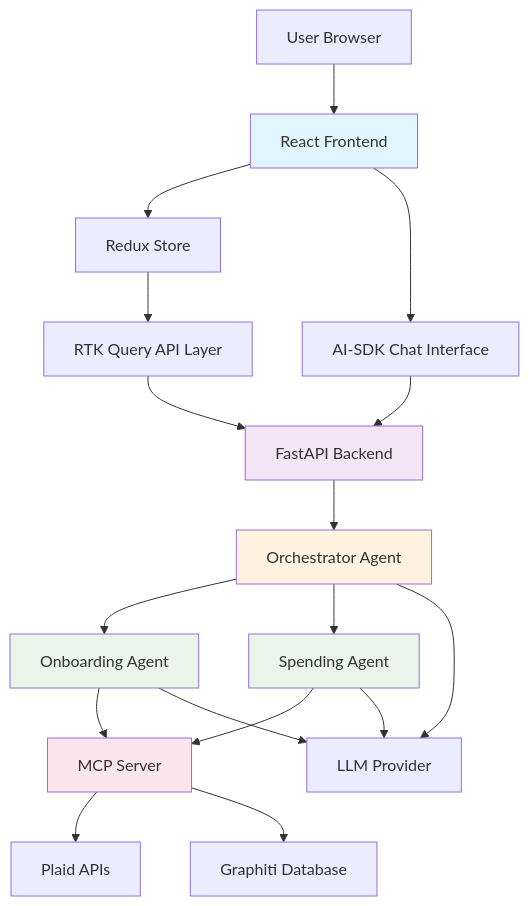
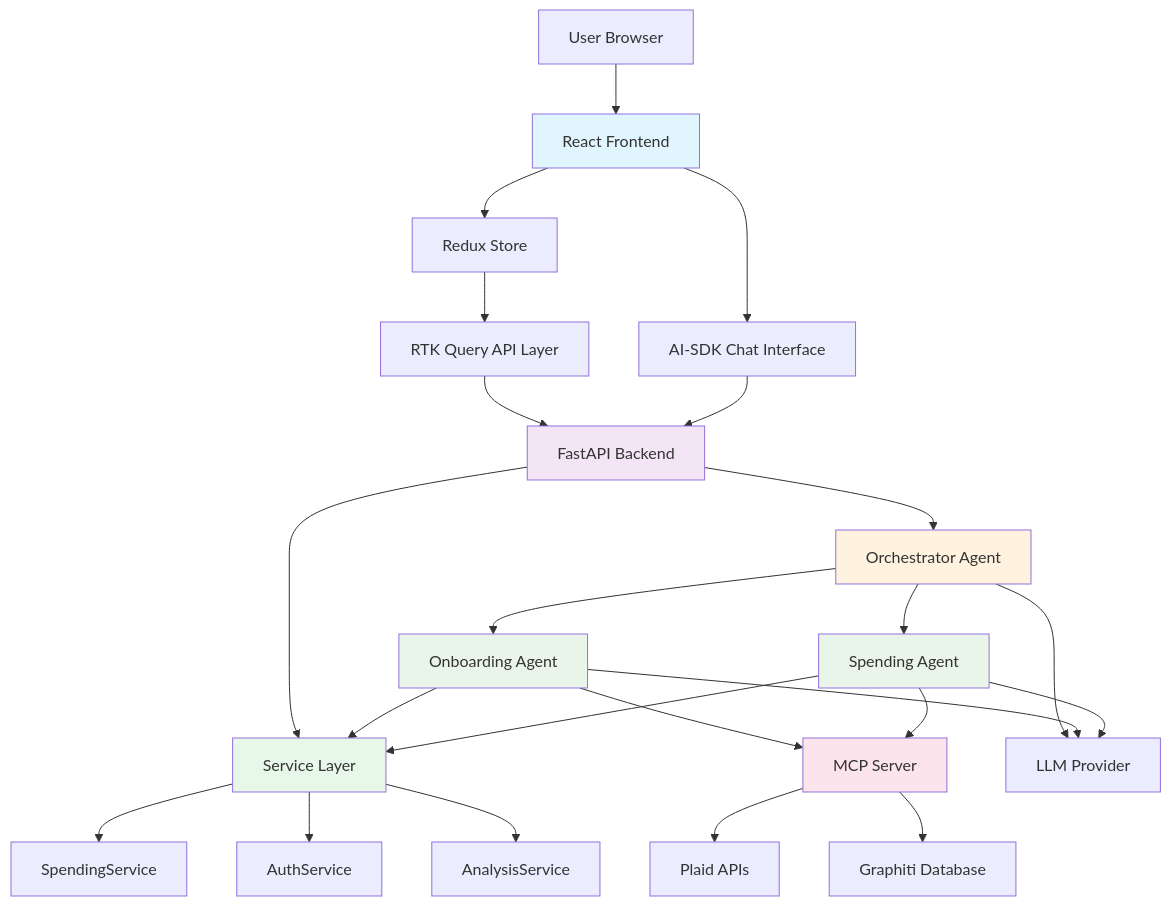
Before and after one commit to FinAssistant/financial-assistant: the diagram in docs/architecture/high-level-architecture.md, drawn with Mermaid. The commit also changed other lines of this file, not shown here.

Commit message:
fix: clarify architecture

````diff
--- a/docs/architecture/high-level-architecture.md
+++ b/docs/architecture/high-level-architecture.md
@@ -43,28 +45,37 @@
 ```mermaid
 graph TD
     A[User Browser] --> B[React Frontend]
     B --> C[Redux Store]
     C --> D[RTK Query API Layer]
     D --> E[FastAPI Backend]
     E --> F[Orchestrator Agent]
+    E --> I[Service Layer]
     F --> G[Onboarding Agent]
     F --> H[Spending Agent]
-    G --> I[MCP Server]
+    
+    G --> I
     H --> I
-    I --> J[Plaid APIs]
-    I --> K[Graphiti Database]
+    I --> N[SpendingService]
+    I --> O[AuthService]
+    I --> P[AnalysisService]
     
-    F --> L[LLM Provider]
-    G --> L
-    H --> L
+    G --> J[MCP Server]
+    H --> J
+    J --> K[Plaid APIs]
+    J --> L[Graphiti Database]
     
-    B --> M[AI-SDK Chat Interface]
-    M --> E
+    F --> M[LLM Provider]
+    G --> M
+    H --> M
+    
+    B --> Q[AI-SDK Chat Interface]
+    Q --> E
     
     style B fill:#e1f5fe
     style E fill:#f3e5f5
     style F fill:#fff3e0
     style G fill:#e8f5e8
     style H fill:#e8f5e8
-    style I fill:#fce4ec
+    style I fill:#e8f8e8
+    style J fill:#fce4ec
 ```
````
